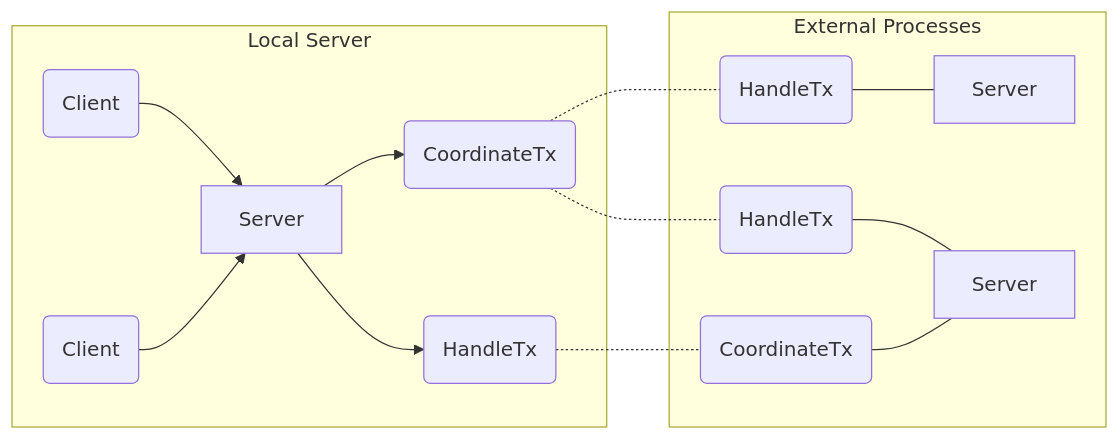
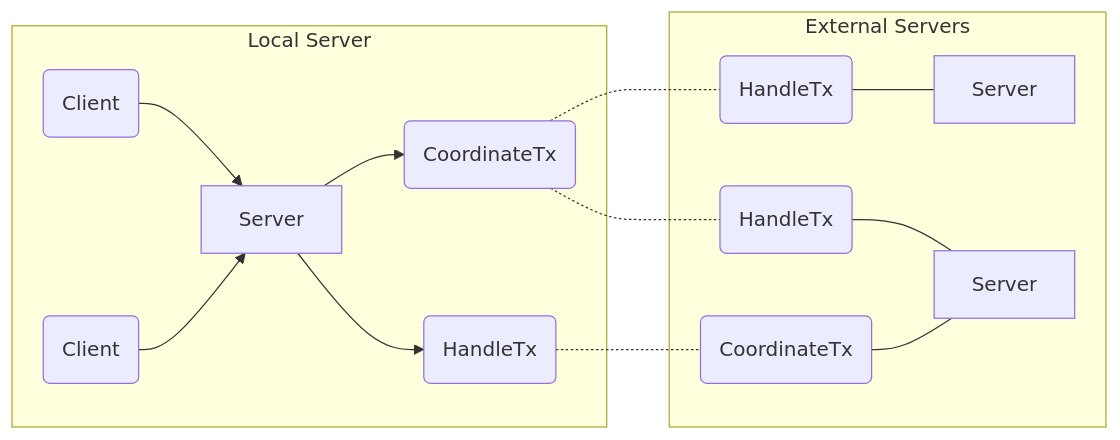
The ninth of 11 diagrams in README.md (FacuMastri/concurrentes-tp2), drawn with Mermaid before and after one commit. The commit also changed other lines of this file, not shown here.

````diff
--- a/README.md
+++ b/README.md
@@ -342,20 +343,20 @@
 ```mermaid
 flowchart LR
     subgraph Local Server
       s[Server]
       c1(Client) --> s
       c2(Client) --> s
 
       s --> c(CoordinateTx)
       s --> h(HandleTx)
     end
-    subgraph External Processes
+    subgraph External Servers
       c -.- eh1(HandleTx)
       c -.- eh2(HandleTx)
       h -.- ec(CoordinateTx)
 
       eh1 --- s1[Server]
       eh2 --- s2[Server]
       ec --- s2
     end
 ```
````
